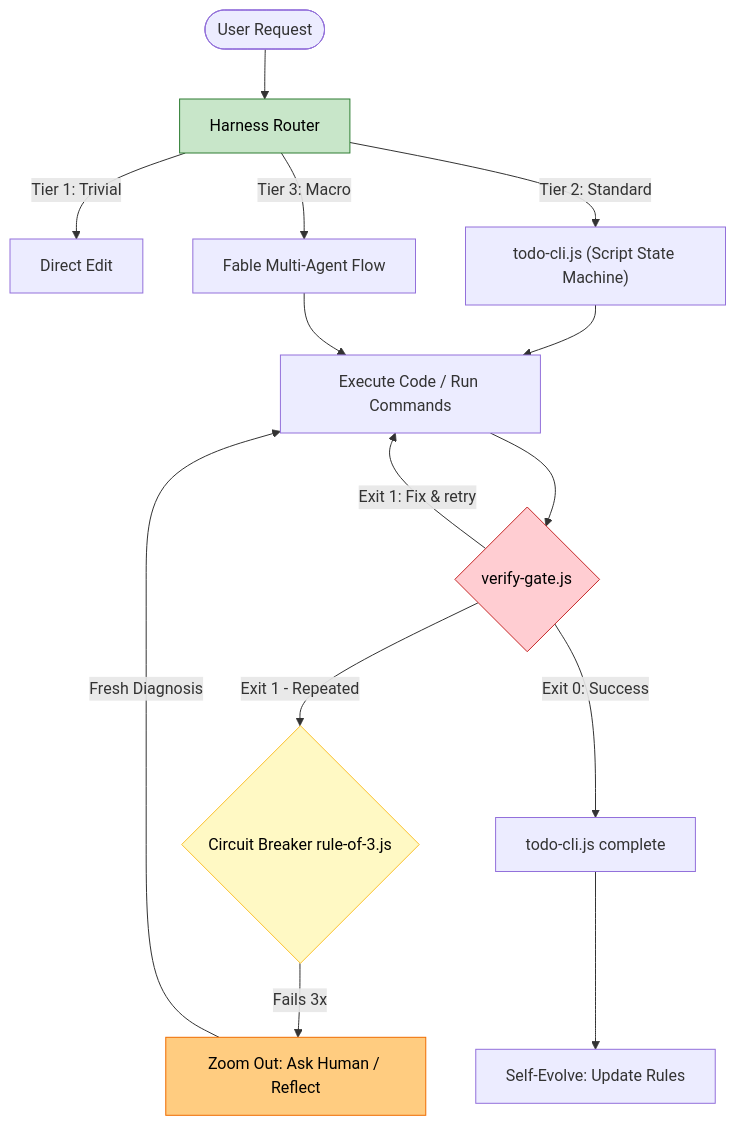
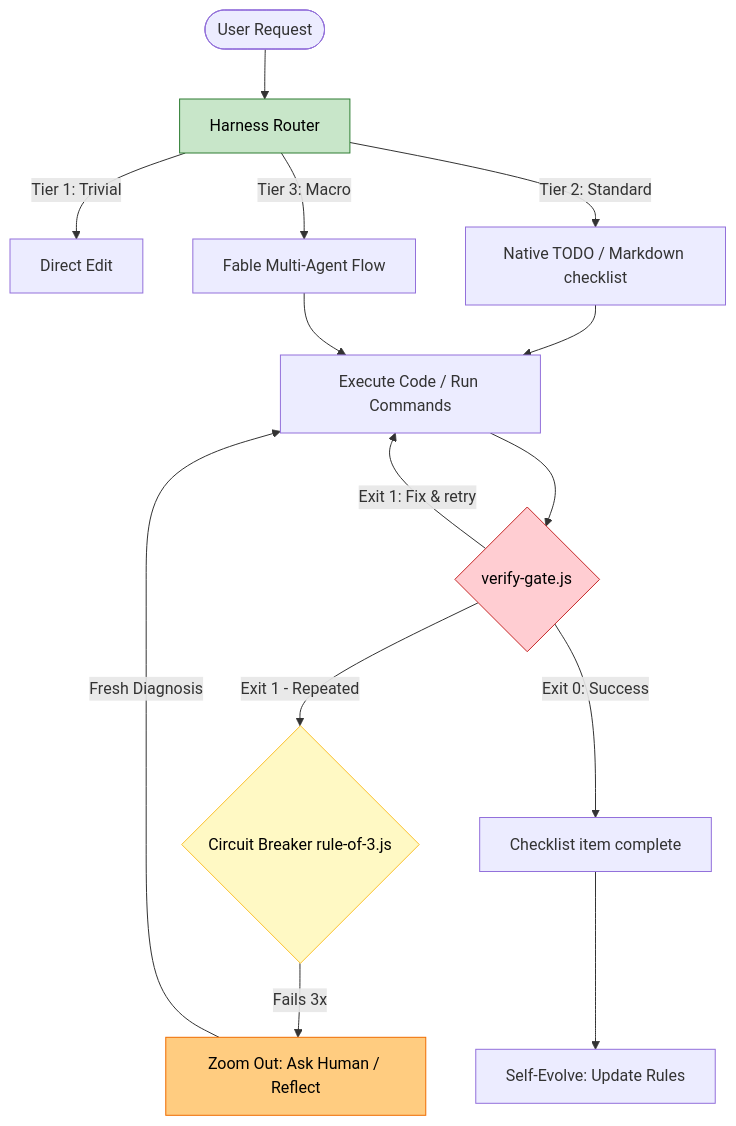
Before and after one commit to dyphn1/Harness-everything: the second of 2 diagrams in README.md, drawn with Mermaid. The commit also changed other lines of this file and 61 other files, not shown here.

````diff
--- a/README.md
+++ b/README.md
@@ -104,22 +104,22 @@
 ```mermaid
 flowchart TD
     U([User Request]) --> H_Router[Harness Router]
     H_Router -->|Tier 1: Trivial| T1[Direct Edit]
-    H_Router -->|Tier 2: Standard| T2["todo-cli.js (Script State Machine)"]
+    H_Router -->|Tier 2: Standard| T2["Native TODO / Markdown checklist"]
     H_Router -->|Tier 3: Macro| T3[Fable Multi-Agent Flow]
     
     T2 & T3 --> Exec[Execute Code / Run Commands]
     Exec --> Gate{verify-gate.js}
     
     Gate -->|Exit 1: Fix & retry| Exec
     Gate -->|Exit 1 - Repeated| CB{Circuit Breaker rule-of-3.js}
     CB -->|Fails 3x| ZO[Zoom Out: Ask Human / Reflect]
     ZO -->|Fresh Diagnosis| Exec
-    Gate -->|Exit 0: Success| Done[todo-cli.js complete]
+    Gate -->|Exit 0: Success| Done[Checklist item complete]
     
     Done --> SE[Self-Evolve: Update Rules]
     style H_Router fill:#c8e6c9,stroke:#2e7d32,stroke-width:1px,color:#000000
     style CB fill:#fff9c4,stroke:#fbc02d,stroke-width:1px,color:#000000
     style ZO fill:#ffcc80,stroke:#ef6c00,stroke-width:1px,color:#000000
     style Gate fill:#ffcdd2,stroke:#c62828,stroke-width:1px,color:#000000
 ```
````
